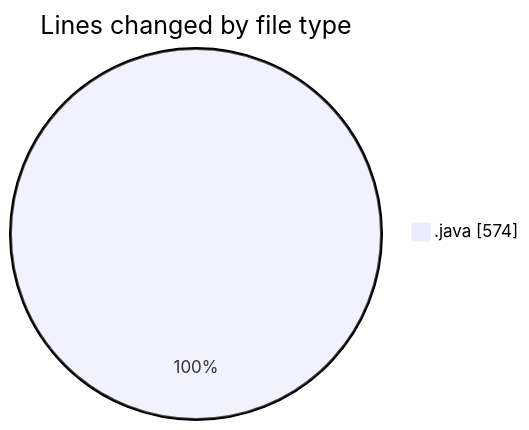
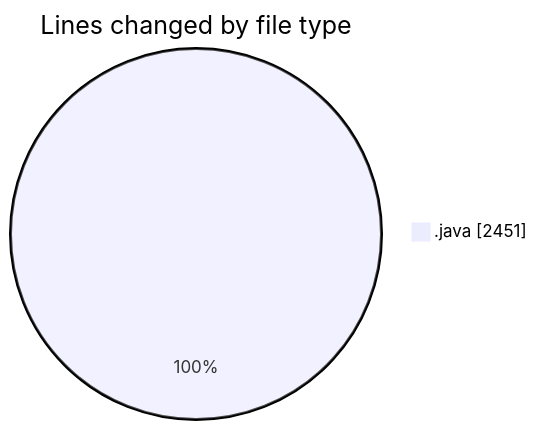
Before and after one commit to ricardozamudiocil/code-tracking: the first of 2 diagrams in 2026-05-07/cilapp/README.md, drawn with Mermaid. The commit also changed other lines of this file and 1 other file, not shown here.

````diff
--- a/2026-05-07/cilapp/README.md
+++ b/2026-05-07/cilapp/README.md
@@ -20,5 +22,5 @@
 ```mermaid
 pie showData
 title Lines changed by file type
-".java" : 574
+".java" : 2451
 ```
````
